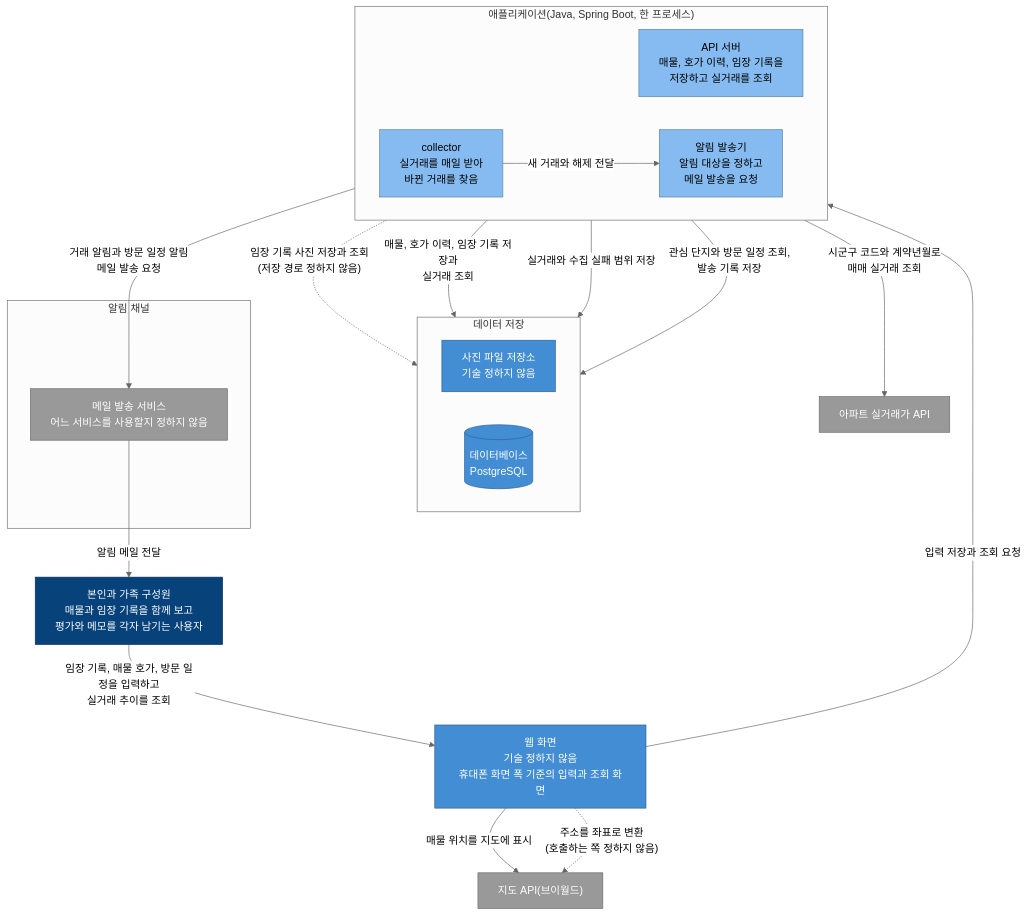
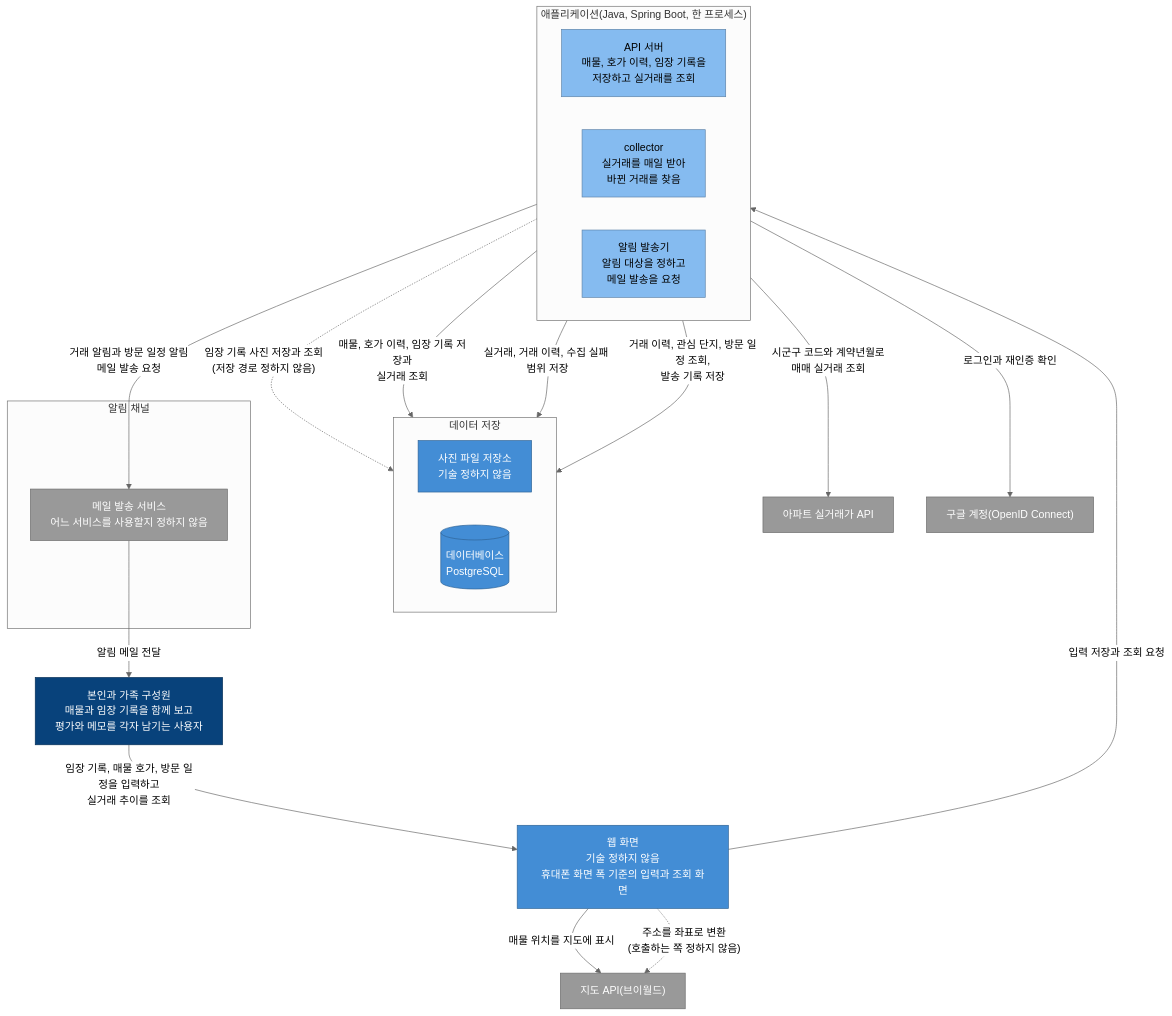
Before and after one commit to Park-Seung-Hun/real-estate: the first of 2 diagrams in docs/architecture/c4-container.md, drawn with Mermaid (neutral theme). The commit also changed other lines of this file and 3 other files, not shown here.

````diff
--- a/docs/architecture/c4-container.md
+++ b/docs/architecture/c4-container.md
@@ -15,48 +15,49 @@
 ```mermaid
 %%{init: {'flowchart': {'wrappingWidth': 260}}}%%
 flowchart TB
   users["본인과 가족 구성원<br/>매물과 임장 기록을 함께 보고<br/>평가와 메모를 각자 남기는 사용자"]
   web["웹 화면<br/>기술 정하지 않음<br/>휴대폰 화면 폭 기준의 입력과 조회 화면"]
   map["지도 API(브이월드)"]
 
   subgraph app["애플리케이션(Java, Spring Boot, 한 프로세스)"]
     direction LR
     api["API 서버<br/>매물, 호가 이력, 임장 기록을<br/>저장하고 실거래를 조회"]
     collector["collector<br/>실거래를 매일 받아<br/>바뀐 거래를 찾음"]
     notifier["알림 발송기<br/>알림 대상을 정하고<br/>메일 발송을 요청"]
   end
 
   subgraph stores[데이터 저장]
     direction LR
     photo["사진 파일 저장소<br/>기술 정하지 않음"]
     db[("데이터베이스<br/>PostgreSQL")]
   end
 
   trade["아파트 실거래가 API"]
+  google["구글 계정(OpenID Connect)"]
 
   subgraph channels[알림 채널]
     mail["메일 발송 서비스<br/>어느 서비스를 사용할지 정하지 않음"]
   end
 
   users -->|"임장 기록, 매물 호가, 방문 일정을 입력하고<br/>실거래 추이를 조회"| web
   web -->|"매물 위치를 지도에 표시"| map
   web -.->|"주소를 좌표로 변환<br/>(호출하는 쪽 정하지 않음)"| map
   web -->|"입력 저장과 조회 요청"| api
   api -.->|"임장 기록 사진 저장과 조회<br/>(저장 경로 정하지 않음)"| photo
   api -->|"매물, 호가 이력, 임장 기록 저장과<br/>실거래 조회"| db
-  collector -->|"새 거래와 해제 전달"| notifier
-  collector -->|"실거래와 수집 실패 범위 저장"| db
+  collector -->|"실거래, 거래 이력, 수집 실패 범위 저장"| db
+  api -->|"로그인과 재인증 확인"| google
   collector -->|"시군구 코드와 계약년월로<br/>매매 실거래 조회"| trade
-  notifier -->|"관심 단지와 방문 일정 조회,<br/>발송 기록 저장"| db
+  notifier -->|"거래 이력, 관심 단지, 방문 일정 조회,<br/>발송 기록 저장"| db
   notifier -->|"거래 알림과 방문 일정 알림<br/>메일 발송 요청"| mail
   mail -->|"알림 메일 전달"| users
 
   classDef person fill:#08427b,stroke:#052e56,color:#fff
   classDef container fill:#438dd5,stroke:#2e6295,color:#fff
   classDef module fill:#85bbf0,stroke:#5d82a8,color:#000
   classDef ext fill:#999999,stroke:#6b6b6b,color:#fff
   class users person
   class web,db,photo container
   class api,collector,notifier module
-  class map,trade,mail ext
+  class map,trade,mail,google ext
 ```
````
